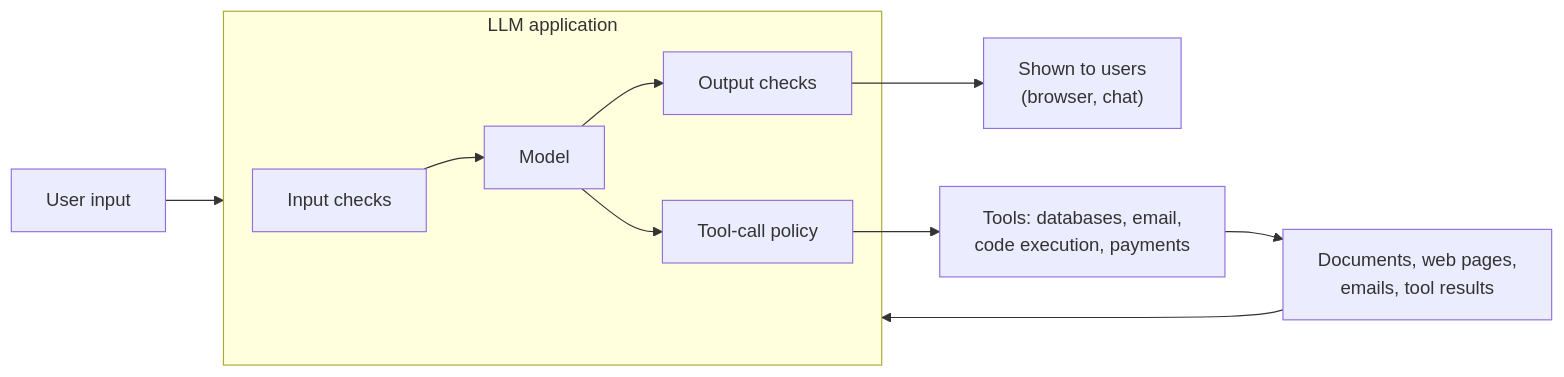
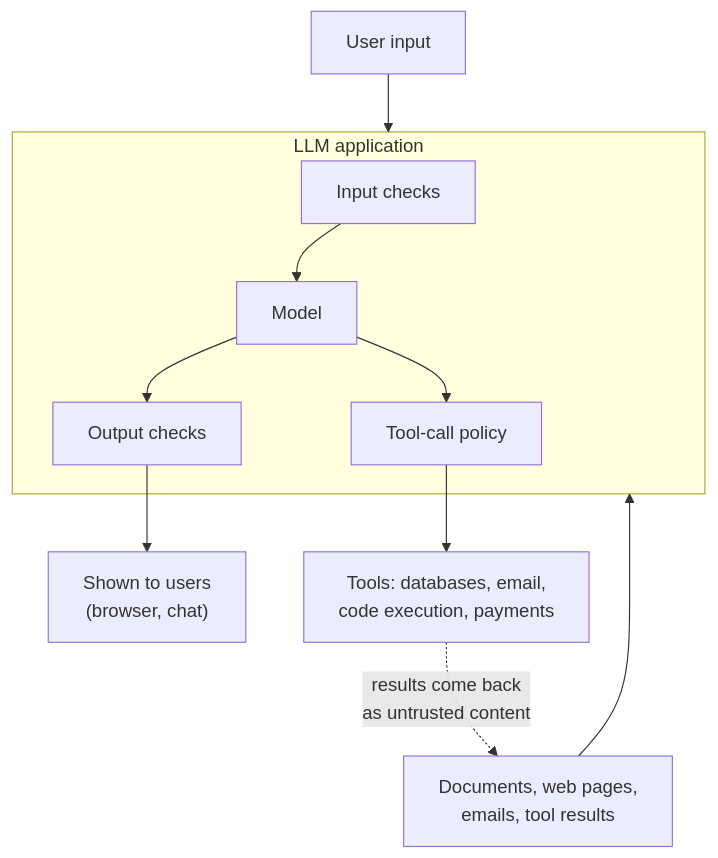
Before and after one commit to rajan-021/AI-ML: the diagram in docs/ai-engineering/security.md, drawn with Mermaid. The commit also changed 20 other files, not shown here.

First line of the commit message:
Make diagrams readable at the content width

````diff
--- a/docs/ai-engineering/security.md
+++ b/docs/ai-engineering/security.md
@@ -22,13 +22,13 @@
 ```mermaid
-flowchart LR
+flowchart TB
     U["User input"] --> APP
     DOC["Documents, web pages,<br/>emails, tool results"] --> APP
     subgraph APP["LLM application"]
         IG["Input checks"] --> M["Model"]
         M --> OG["Output checks"]
         M --> TP["Tool-call policy"]
     end
     OG --> UI["Shown to users<br/>(browser, chat)"]
     TP --> T["Tools: databases, email,<br/>code execution, payments"]
-    T --> DOC
+    T -.->|"results come back<br/>as untrusted content"| DOC
 ```
````
